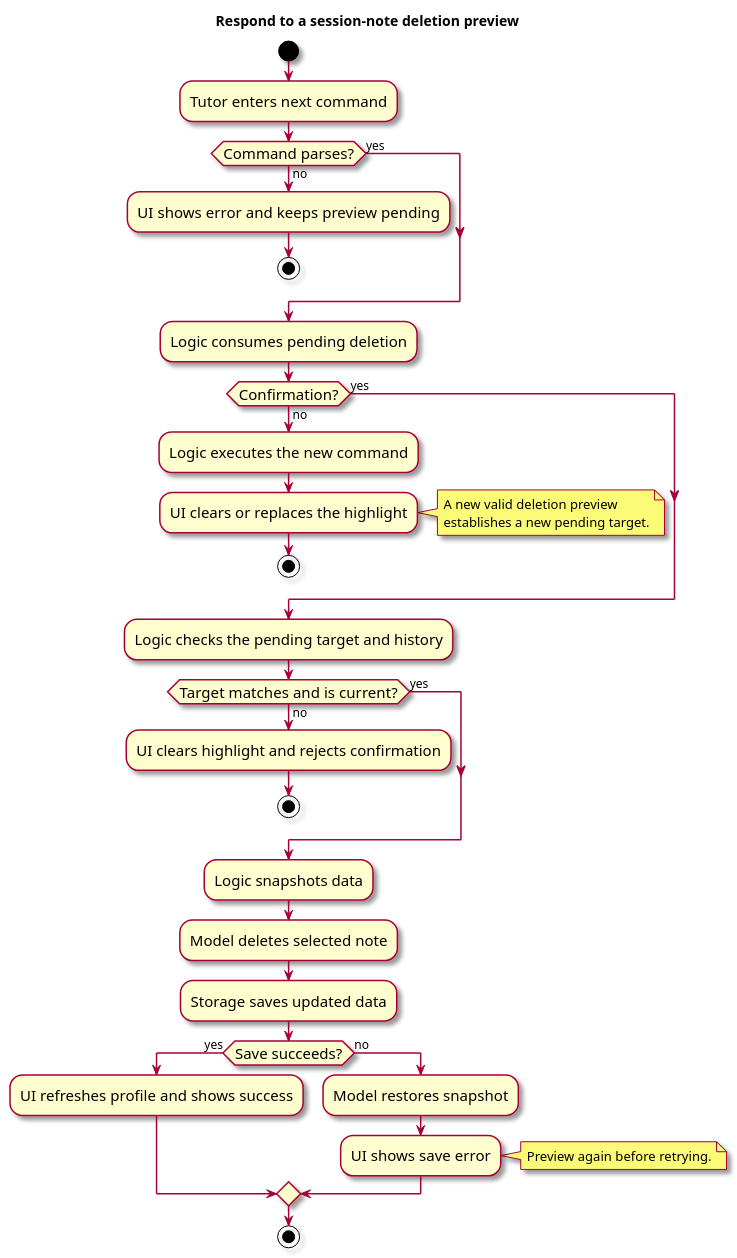
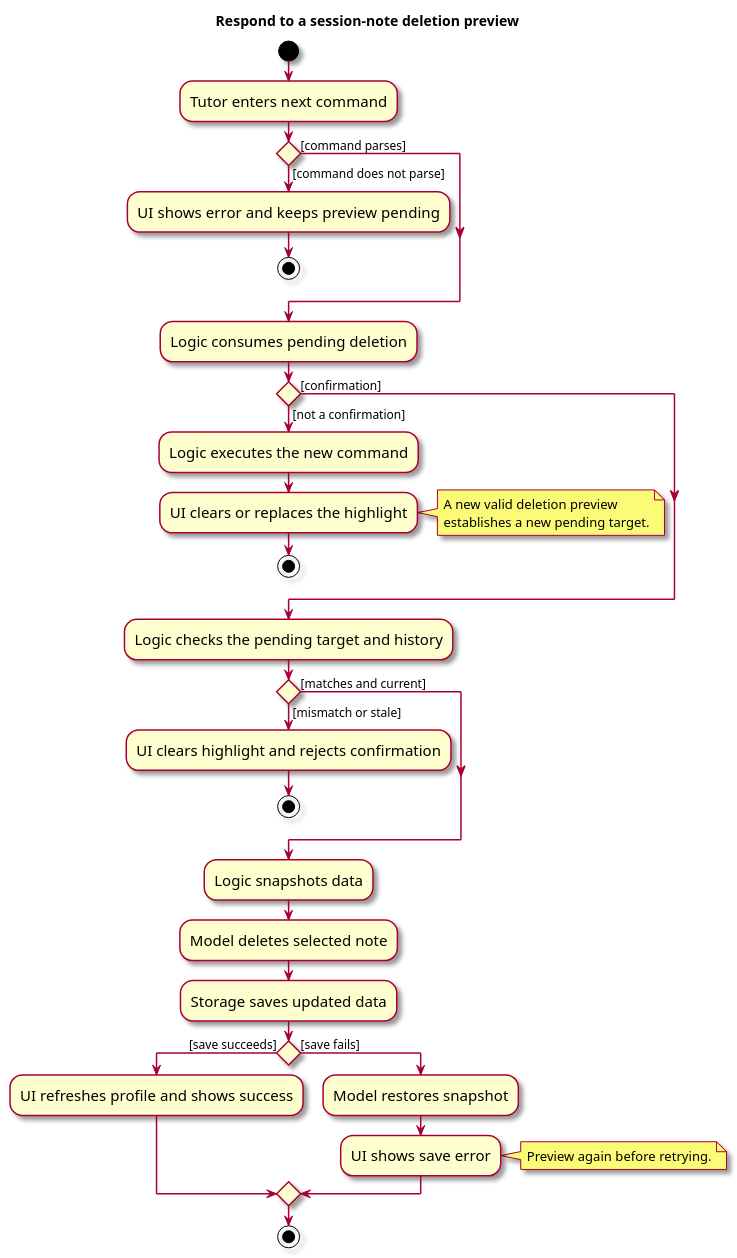
One commit to AY2627S1-CS2103T-F09-1/tp changed the diagram in docs/diagrams/DeleteSessionNoteConfirmationActivityDiagram.puml. Above: the diagram before and after it, drawn with PlantUML. The commit also changed 1 other file, not shown here.

Commit message:
Correct note confirmation decision notation

```diff
--- a/docs/diagrams/DeleteSessionNoteConfirmationActivityDiagram.puml
+++ b/docs/diagrams/DeleteSessionNoteConfirmationActivityDiagram.puml
@@ -1,44 +1,44 @@
 @startuml
 skin rose
 skinparam ActivityFontSize 15
 skinparam ArrowFontSize 12
 title Respond to a session-note deletion preview
 
 start
 :Tutor enters next command;
-if (Command parses?) then (no)
+if () then ([command does not parse])
   :UI shows error and keeps preview pending;
   stop
-else (yes)
+else ([command parses])
 endif
 :Logic consumes pending deletion;
-if (Confirmation?) then (no)
+if () then ([not a confirmation])
   :Logic executes the new command;
   :UI clears or replaces the highlight;
   note right
     A new valid deletion preview
     establishes a new pending target.
   end note
   stop
-else (yes)
+else ([confirmation])
 endif
 :Logic checks the pending target and history;
-if (Target matches and is current?) then (no)
+if () then ([mismatch or stale])
   :UI clears highlight and rejects confirmation;
   stop
-else (yes)
+else ([matches and current])
 endif
 :Logic snapshots data;
 :Model deletes selected note;
 :Storage saves updated data;
-if (Save succeeds?) then (yes)
+if () then ([save succeeds])
   :UI refreshes profile and shows success;
-else (no)
+else ([save fails])
   :Model restores snapshot;
   :UI shows save error;
   note right
     Preview again before retrying.
   end note
 endif
 stop
 @enduml
```
